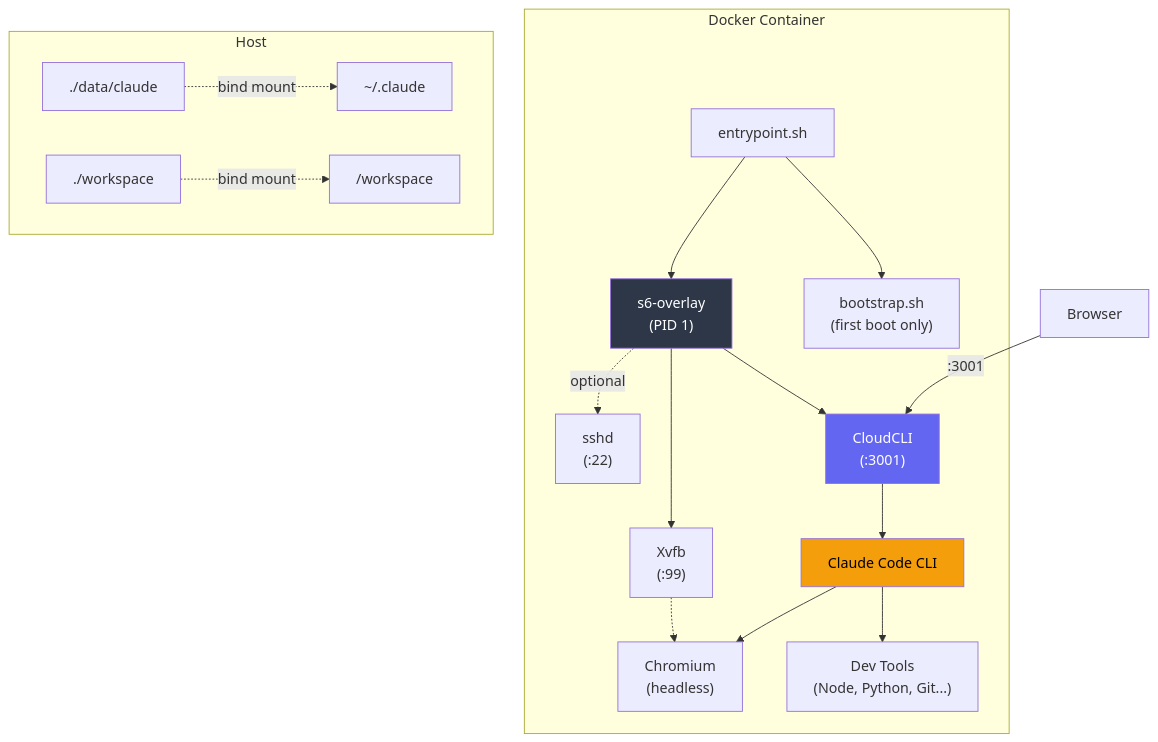
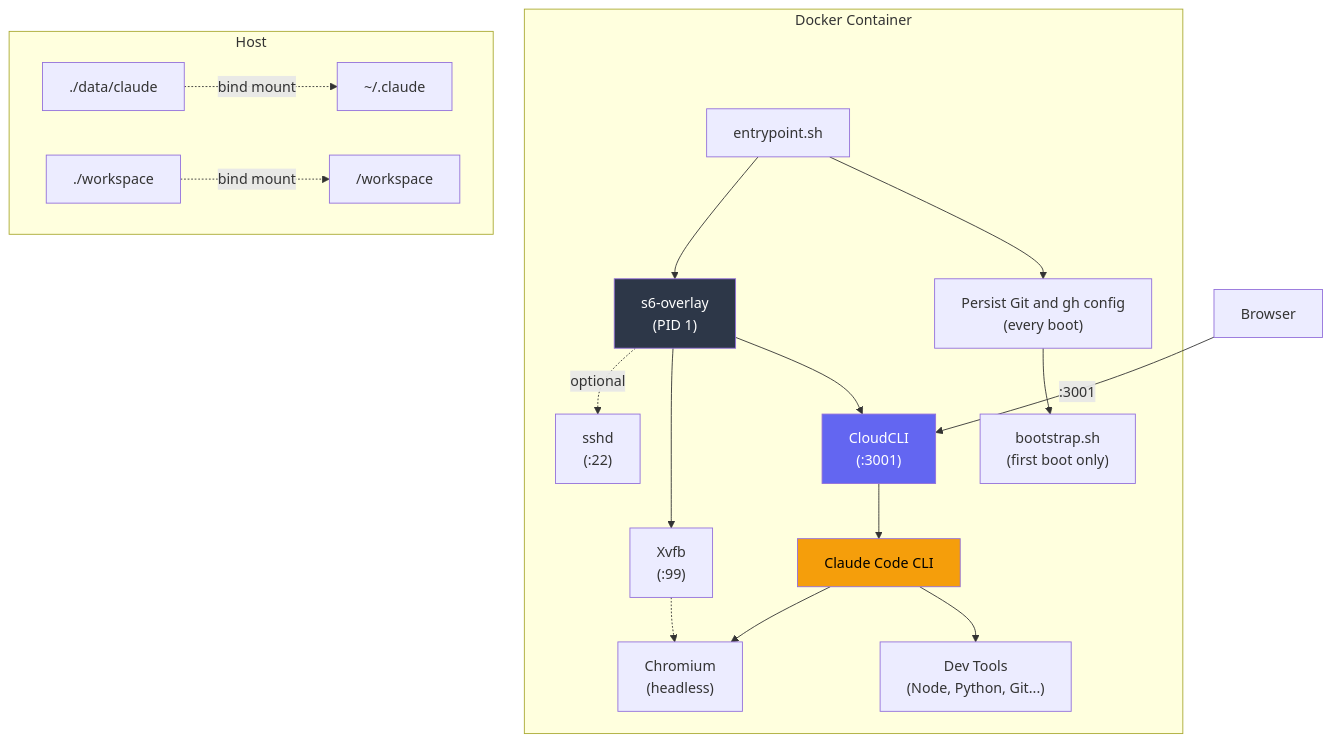
One commit to CoderLuii/HolyClaude changed the diagram in README.md. Above: the diagram before and after it, drawn with Mermaid. The commit also changed other lines of this file and 52 other files, not shown here.

````diff
--- a/README.md
+++ b/README.md
@@ -764,25 +764,26 @@
 ```mermaid
 graph TB
     subgraph Docker Container
-        EP["entrypoint.sh"] --> BS["bootstrap.sh\n(first boot only)"]
+        EP["entrypoint.sh"] --> CP["Persist Git and gh config\n(every boot)"]
+        CP --> BS["bootstrap.sh\n(first boot only)"]
         EP --> S6["s6-overlay\n(PID 1)"]
         S6 --> CC["CloudCLI\n(:3001)"]
         S6 --> XV["Xvfb\n(:99)"]
         S6 -. optional .-> SSH["sshd\n(:22)"]
         CC --> CLAUDE["Claude Code CLI"]
         CLAUDE --> TOOLS["Dev Tools\n(Node, Python, Git...)"]
         CLAUDE --> CHROME["Chromium\n(headless)"]
         XV -.-> CHROME
     end
 
     subgraph Host
         DATA["./data/claude"] -.->|bind mount| HOME["~/.claude"]
         WS["./workspace"] -.->|bind mount| WORK["/workspace"]
     end
 
     USER["Browser"] -->|":3001"| CC
 
     style S6 fill:#2d3748,color:#fff
     style CC fill:#6366f1,color:#fff
     style CLAUDE fill:#f59e0b,color:#000
 ```
````
